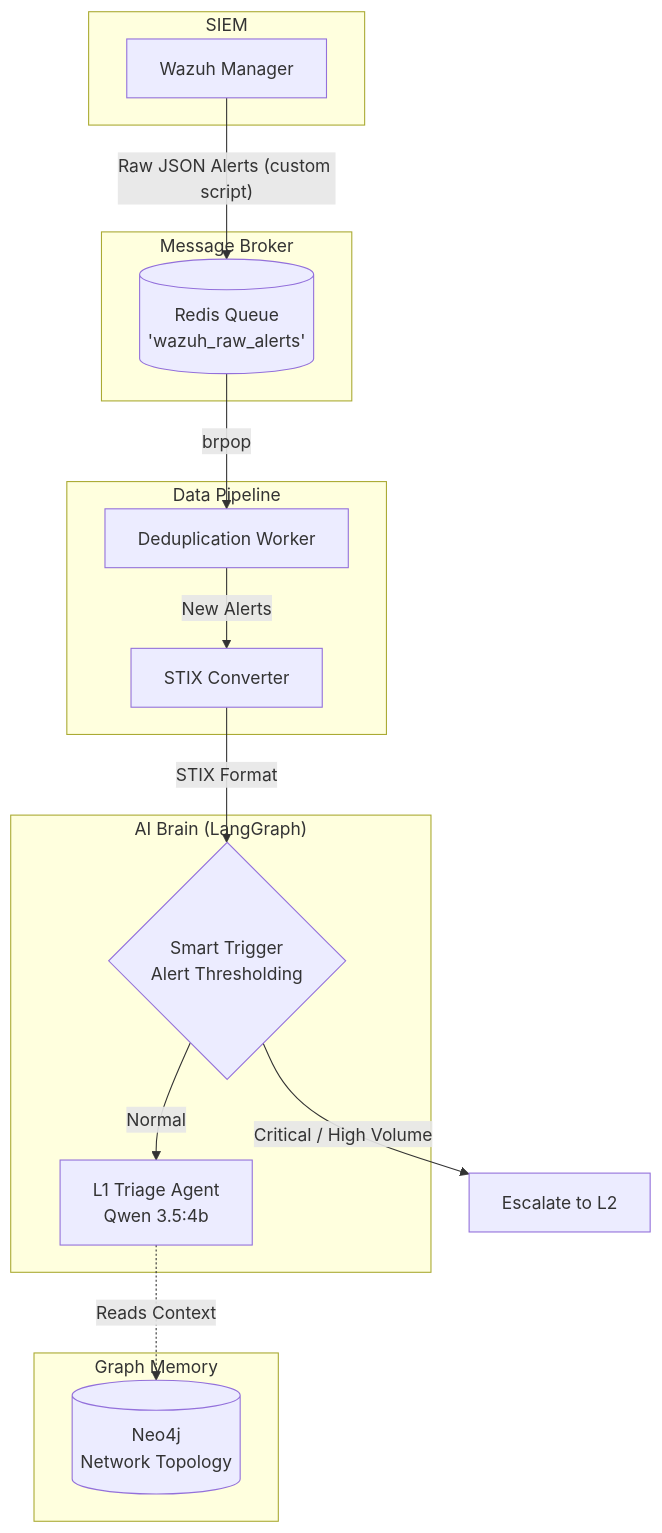
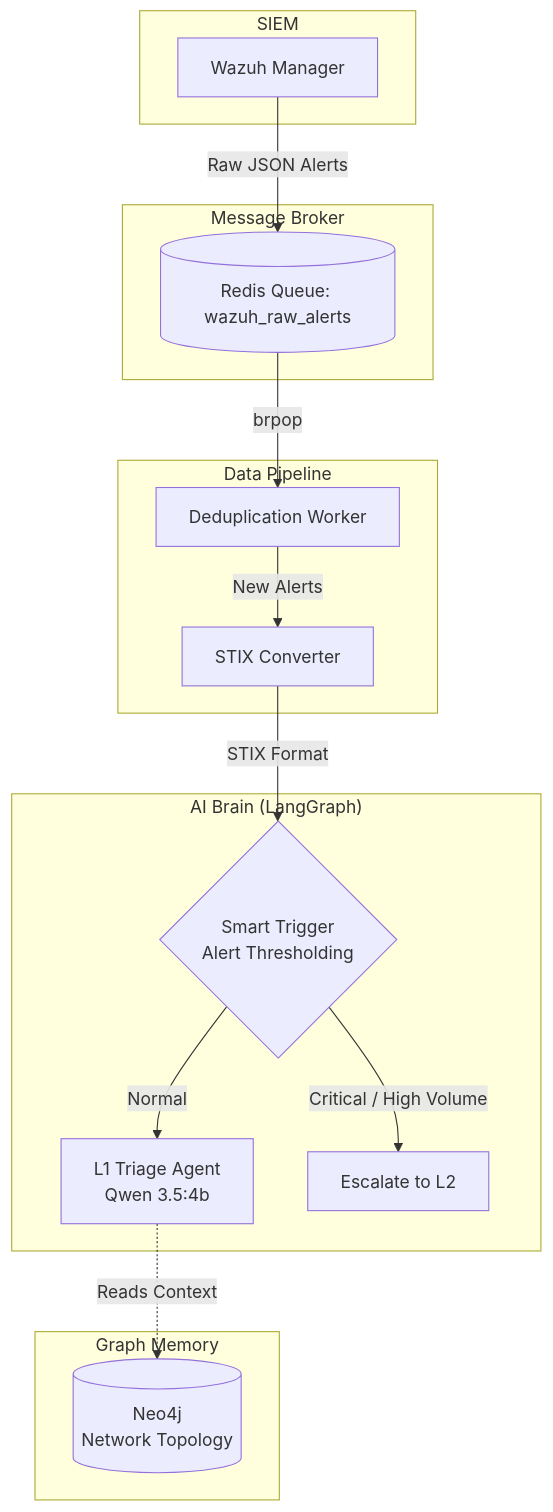
One commit to XterryIT/Magister changed the diagram in README.md. Above: the diagram before and after it, drawn with Mermaid.

````diff
--- a/README.md
+++ b/README.md
@@ -13,33 +13,35 @@
 ```mermaid
-graph TD
-    subgraph "SIEM"
+flowchart TD
+    subgraph SIEM ["SIEM"]
         W[Wazuh Manager]
     end
 
-    subgraph "Message Broker"
-        R[(Redis Queue\n'wazuh_raw_alerts')]
+    subgraph Broker ["Message Broker"]
+        R[(Redis Queue: wazuh_raw_alerts)]
     end
 
-    subgraph "Data Pipeline"
+    subgraph Pipeline ["Data Pipeline"]
         D[Deduplication Worker]
         S[STIX Converter]
     end
 
-    subgraph "AI Brain (LangGraph)"
+    subgraph Brain ["AI Brain (LangGraph)"]
         T{Smart Trigger\nAlert Thresholding}
         L1[L1 Triage Agent\nQwen 3.5:4b]
+        Esc[Escalate to L2]
     end
 
-    subgraph "Graph Memory"
+    subgraph GraphDB ["Graph Memory"]
         N[(Neo4j\nNetwork Topology)]
     end
 
-    W -- "Raw JSON Alerts (custom script)" --> R
-    R -- "brpop" --> D
-    D -- "New Alerts" --> S
-    S -- "STIX Format" --> T
-    T -- "Normal" --> L1
-    T -- "Critical / High Volume" --> Esc[Escalate to L2]
+    W -->|Raw JSON Alerts| R
+    R -->|brpop| D
+    D -->|New Alerts| S
+    S -->|STIX Format| T
     
-    L1 -. "Reads Context" .-> N
+    T -->|Normal| L1
+    T -->|Critical / High Volume| Esc
+    
+    L1 -.->|Reads Context| N
 ```
````
